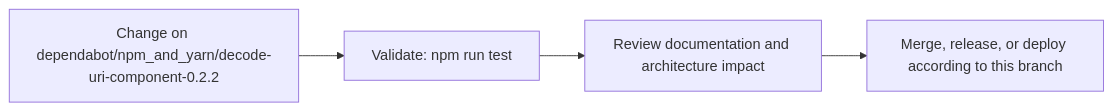
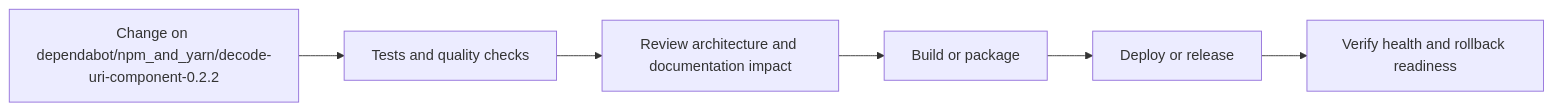
The fourth of 5 diagrams in README.md (Nischhalsubba/Sourcement), drawn with Mermaid before and after one commit. The commit also changed other lines of this file, not shown here.

````diff
--- a/README.md
+++ b/README.md
@@ -63,8 +133,8 @@
 ```mermaid
 flowchart LR
-    CHANGE["Change on dependabot/npm_and_yarn/decode-uri-component-0.2.2"]
-    CHECK["Validate: npm run test"]
-    REVIEW["Review documentation and architecture impact"]
-    RELEASE["Merge, release, or deploy according to this branch"]
-    CHANGE --> CHECK --> REVIEW --> RELEASE
+    CHANGE["Change on dependabot/npm_and_yarn/decode-uri-component-0.2.2"] --> CHECK["Tests and quality checks"]
+    CHECK --> REVIEW["Review architecture and documentation impact"]
+    REVIEW --> BUILD["Build or package"]
+    BUILD --> DEPLOY["Deploy or release"]
+    DEPLOY --> VERIFY["Verify health and rollback readiness"]
 ```
````
